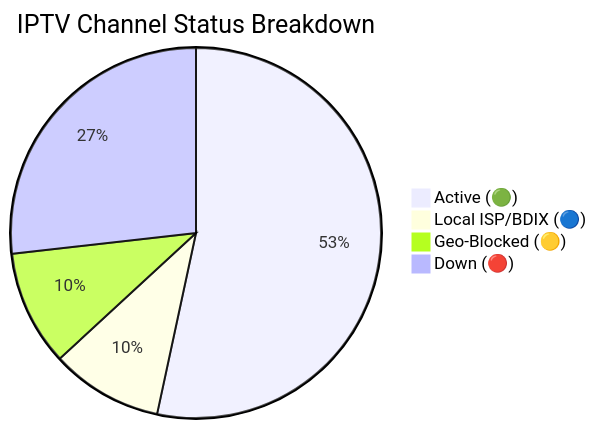
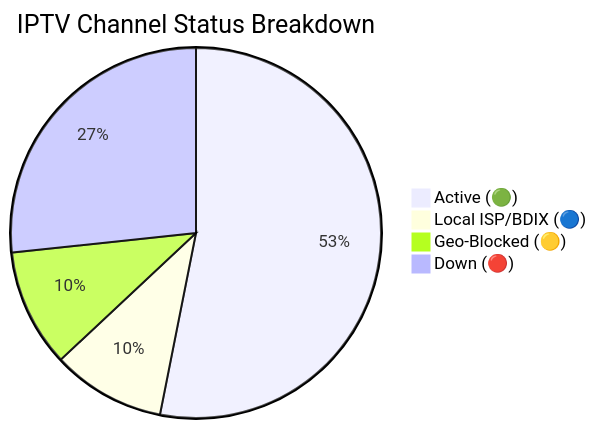
Before and after one commit to Zaman-Topu/Ip-tv-Collection: the diagram in README.md, drawn with Mermaid. The commit also changed other lines of this file and 6 other files, not shown here.

````diff
--- a/README.md
+++ b/README.md
@@ -149,7 +149,7 @@
 ```mermaid
 pie title IPTV Channel Status Breakdown
-    "Active (🟢)" : 9119
-    "Local ISP/BDIX (🔵)" : 1670
-    "Geo-Blocked (🟡)" : 1719
-    "Down (🔴)" : 4578
+    "Active (🟢)" : 9111
+    "Local ISP/BDIX (🔵)" : 1699
+    "Geo-Blocked (🟡)" : 1765
+    "Down (🔴)" : 4577
 ```
````
